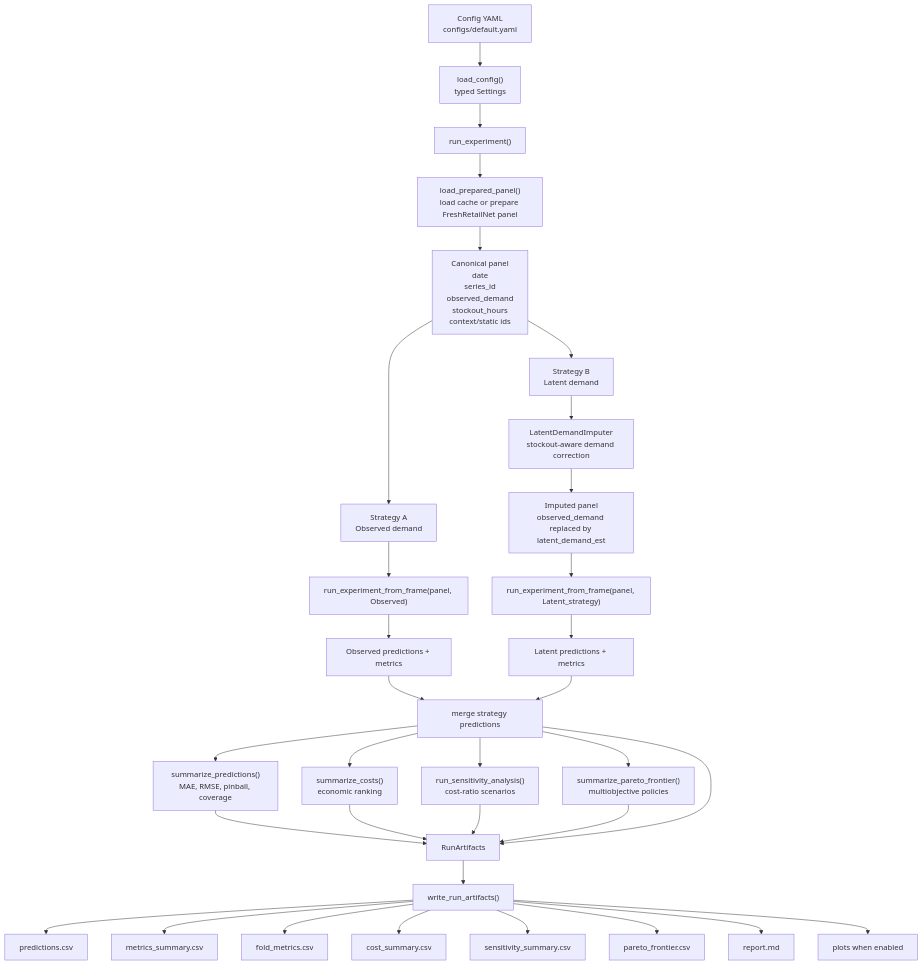
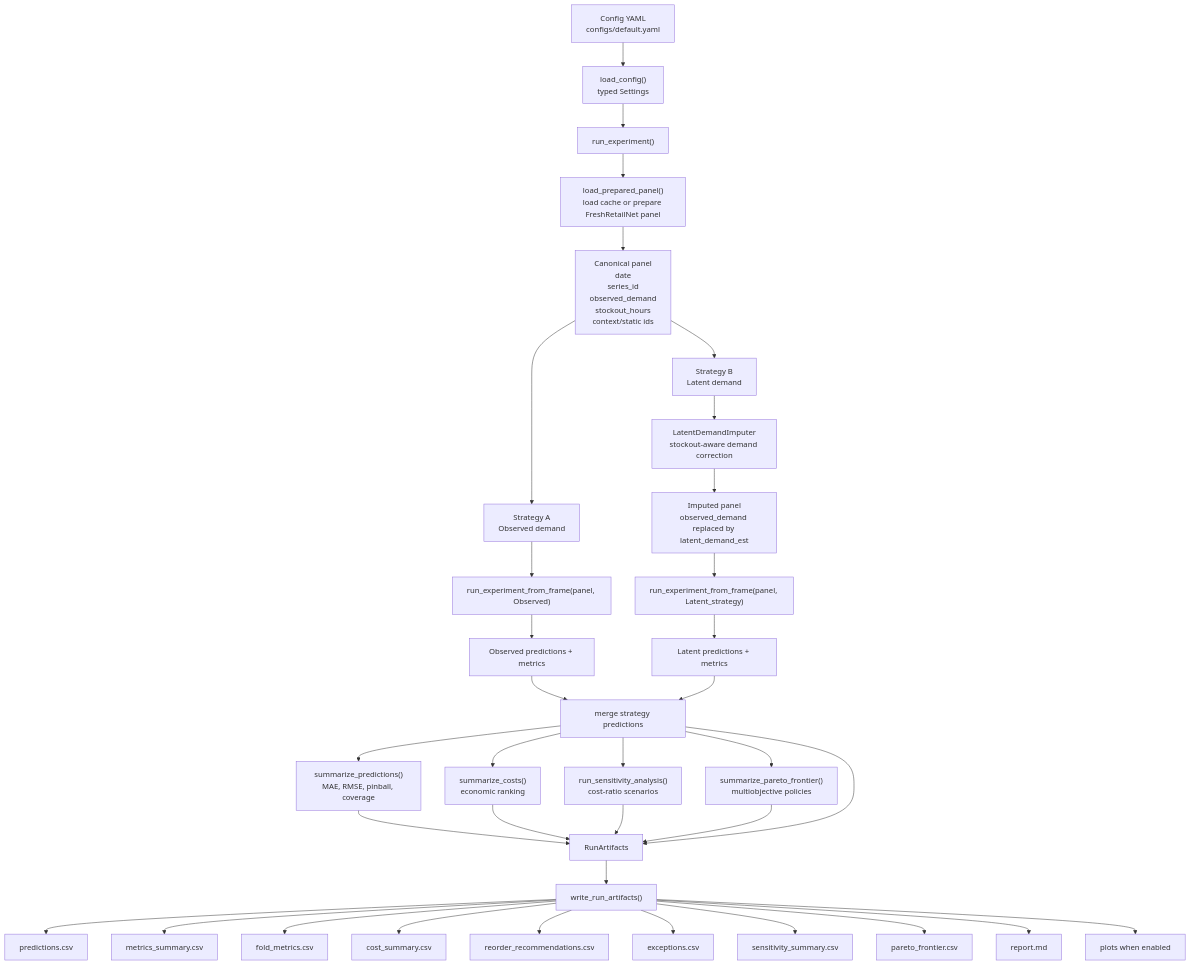
The first of 2 diagrams in docs/system_design.md (ArtemMindlin/retail-demand-forecasting-system), drawn with Mermaid before and after one commit. The commit also changed other lines of this file and 31 other files, not shown here.

````diff
--- a/docs/system_design.md
+++ b/docs/system_design.md
@@ -18,43 +18,45 @@
 ```mermaid
 flowchart TD
     A["Config YAML<br/>configs/default.yaml"] --> B["load_config()<br/>typed Settings"]
     B --> C["run_experiment()"]
 
     C --> D["load_prepared_panel()<br/>load cache or prepare FreshRetailNet panel"]
     D --> E["Canonical panel<br/>date<br/>series_id<br/>observed_demand<br/>stockout_hours<br/>context/static ids"]
 
     E --> F["Strategy A<br/>Observed demand"]
     E --> G["Strategy B<br/>Latent demand"]
     G --> G1["LatentDemandImputer<br/>stockout-aware demand correction"]
     G1 --> G2["Imputed panel<br/>observed_demand replaced by latent_demand_est"]
 
     F --> H["run_experiment_from_frame(panel, Observed)"]
     G2 --> I["run_experiment_from_frame(panel, Latent_strategy)"]
 
     H --> J["Observed predictions + metrics"]
     I --> K["Latent predictions + metrics"]
 
     J --> L["merge strategy predictions"]
     K --> L
 
     L --> M["summarize_predictions()<br/>MAE, RMSE, pinball, coverage"]
     L --> N["summarize_costs()<br/>economic ranking"]
     L --> O["run_sensitivity_analysis()<br/>cost-ratio scenarios"]
     L --> P["summarize_pareto_frontier()<br/>multiobjective policies"]
 
     M --> Q["RunArtifacts"]
     N --> Q
     O --> Q
     P --> Q
     L --> Q
 
     Q --> R["write_run_artifacts()"]
     R --> R1["predictions.csv"]
     R --> R2["metrics_summary.csv"]
     R --> R3["fold_metrics.csv"]
     R --> R4["cost_summary.csv"]
-    R --> R5["sensitivity_summary.csv"]
-    R --> R6["pareto_frontier.csv"]
-    R --> R7["report.md"]
-    R --> R8["plots when enabled"]
+    R --> R5["reorder_recommendations.csv"]
+    R --> R6["exceptions.csv"]
+    R --> R7["sensitivity_summary.csv"]
+    R --> R8["pareto_frontier.csv"]
+    R --> R9["report.md"]
+    R --> R10["plots when enabled"]
 ```
````
